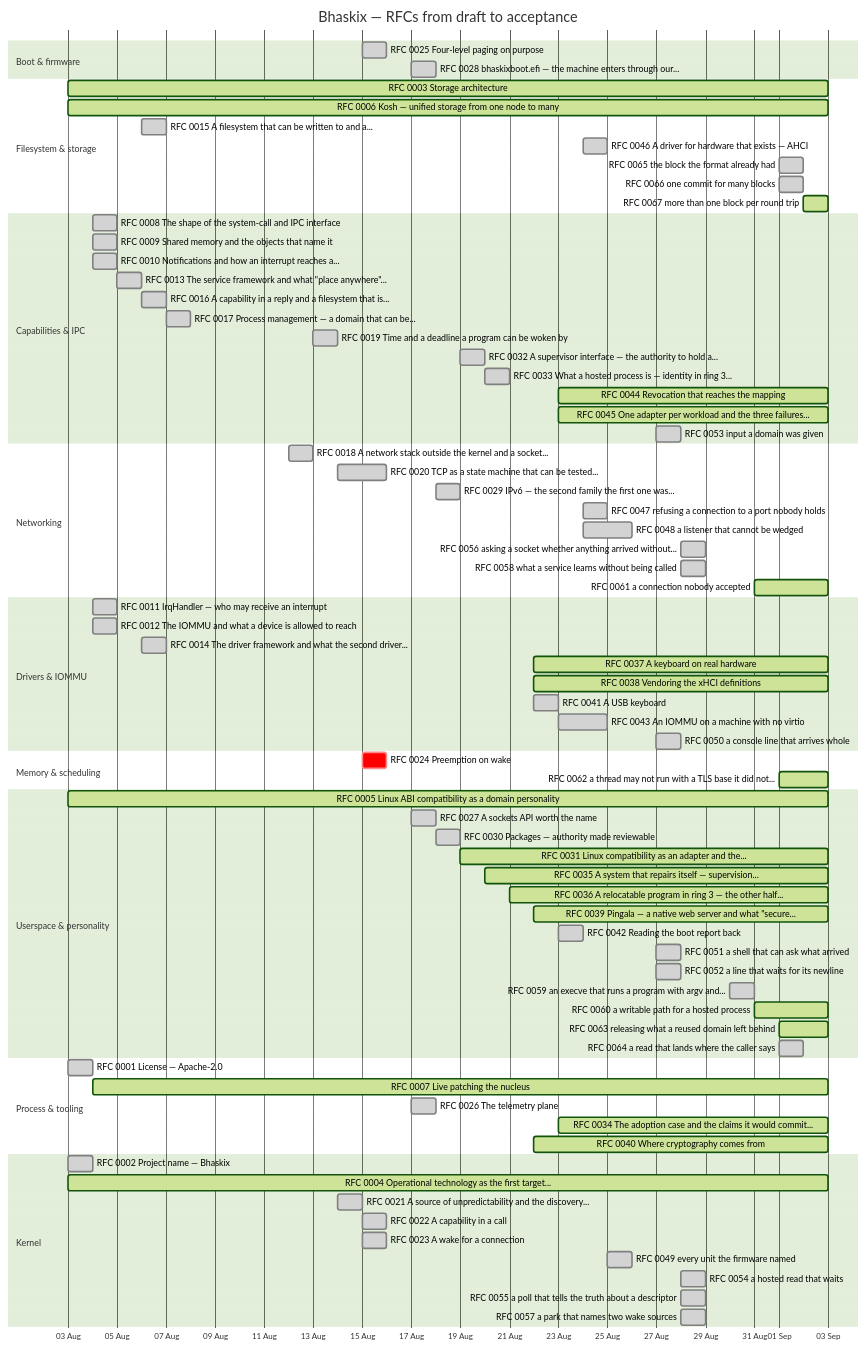
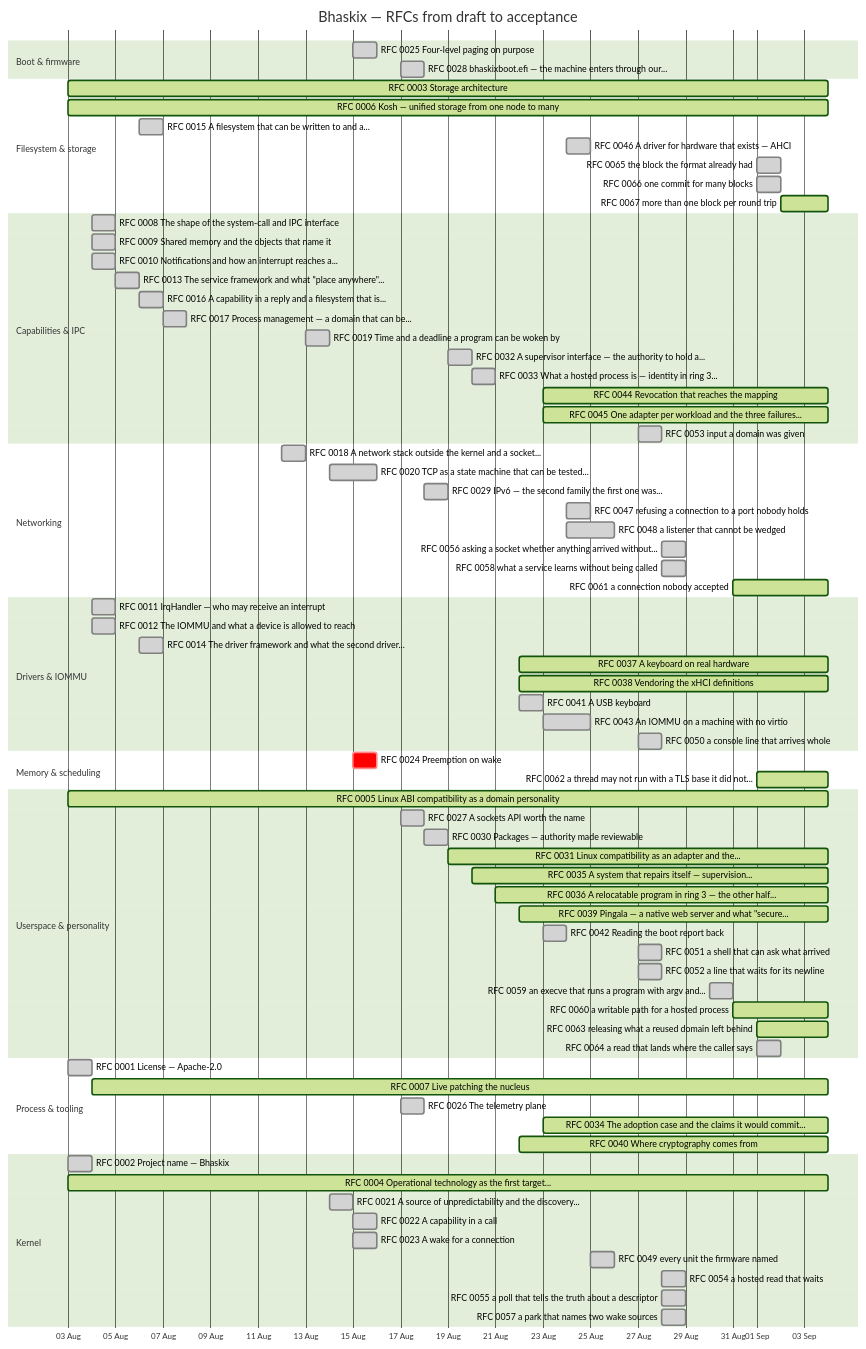
The diagram in docs/progress.md (bhaskix/bhaskix), drawn with Mermaid (forest theme) before and after one commit. The commit also changed other lines of this file and 2 other files, not shown here.

```diff
--- a/docs/progress.md
+++ b/docs/progress.md
@@ -31,13 +31,13 @@
     RFC 0025 Four-level paging on purpose :done, r0025, 2026-08-15, 2026-08-16
     RFC 0028 bhaskixboot.efi — the machine enters through our... :done, r0028, 2026-08-17, 2026-08-18
     section Filesystem & storage
-    RFC 0003 Storage architecture :active, r0003, 2026-08-03, 2026-09-03
-    RFC 0006 Kosh — unified storage from one node to many :active, r0006, 2026-08-03, 2026-09-03
+    RFC 0003 Storage architecture :active, r0003, 2026-08-03, 2026-09-04
+    RFC 0006 Kosh — unified storage from one node to many :active, r0006, 2026-08-03, 2026-09-04
     RFC 0015 A filesystem that can be written to and a... :done, r0015, 2026-08-06, 1d
     RFC 0046 A driver for hardware that exists — AHCI :done, r0046, 2026-08-24, 1d
     RFC 0065 the block the format already had :done, r0065, 2026-09-01, 1d
     RFC 0066 one commit for many blocks :done, r0066, 2026-09-01, 1d
-    RFC 0067 more than one block per round trip :active, r0067, 2026-09-02, 2026-09-03
+    RFC 0067 more than one block per round trip :active, r0067, 2026-09-02, 2026-09-04
     section Capabilities & IPC
     RFC 0008 The shape of the system-call and IPC interface :done, r0008, 2026-08-04, 1d
     RFC 0009 Shared memory and the objects that name it :done, r0009, 2026-08-04, 1d
@@ -48,8 +48,8 @@
     RFC 0019 Time and a deadline a program can be woken by :done, r0019, 2026-08-13, 2026-08-14
     RFC 0032 A supervisor interface — the authority to hold a... :done, r0032, 2026-08-19, 2026-08-20
     RFC 0033 What a hosted process is — identity in ring 3... :done, r0033, 2026-08-20, 1d
-    RFC 0044 Revocation that reaches the mapping :active, r0044, 2026-08-23, 2026-09-03
-    RFC 0045 One adapter per workload and the three failures... :active, r0045, 2026-08-23, 2026-09-03
+    RFC 0044 Revocation that reaches the mapping :active, r0044, 2026-08-23, 2026-09-04
+    RFC 0045 One adapter per workload and the three failures... :active, r0045, 2026-08-23, 2026-09-04
     RFC 0053 input a domain was given :done, r0053, 2026-08-27, 1d
     section Networking
     RFC 0018 A network stack outside the kernel and a socket... :done, r0018, 2026-08-12, 2026-08-13
@@ -59,43 +59,43 @@
     RFC 0048 a listener that cannot be wedged :done, r0048, 2026-08-24, 2026-08-26
     RFC 0056 asking a socket whether anything arrived without... :done, r0056, 2026-08-28, 1d
     RFC 0058 what a service learns without being called :done, r0058, 2026-08-28, 1d
-    RFC 0061 a connection nobody accepted :active, r0061, 2026-08-31, 2026-09-03
+    RFC 0061 a connection nobody accepted :active, r0061, 2026-08-31, 2026-09-04
     section Drivers & IOMMU
     RFC 0011 IrqHandler — who may receive an interrupt :done, r0011, 2026-08-04, 1d
     RFC 0012 The IOMMU and what a device is allowed to reach :done, r0012, 2026-08-04, 1d
     RFC 0014 The driver framework and what the second driver... :done, r0014, 2026-08-06, 1d
-    RFC 0037 A keyboard on real hardware :active, r0037, 2026-08-22, 2026-09-03
-    RFC 0038 Vendoring the xHCI definitions :active, r0038, 2026-08-22, 2026-09-03
+    RFC 0037 A keyboard on real hardware :active, r0037, 2026-08-22, 2026-09-04
+    RFC 0038 Vendoring the xHCI definitions :active, r0038, 2026-08-22, 2026-09-04
     RFC 0041 A USB keyboard :done, r0041, 2026-08-22, 2026-08-23
     RFC 0043 An IOMMU on a machine with no virtio :done, r0043, 2026-08-23, 2026-08-25
     RFC 0050 a console line that arrives whole :done, r0050, 2026-08-27, 1d
     section Memory & scheduling
     RFC 0024 Preemption on wake :crit, r0024, 2026-08-15, 1d
-    RFC 0062 a thread may not run with a TLS base it did not... :active, r0062, 2026-09-01, 2026-09-03
+    RFC 0062 a thread may not run with a TLS base it did not... :active, r0062, 2026-09-01, 2026-09-04
     section Userspace & personality
-    RFC 0005 Linux ABI compatibility as a domain personality :active, r0005, 2026-08-03, 2026-09-03
+    RFC 0005 Linux ABI compatibility as a domain personality :active, r0005, 2026-08-03, 2026-09-04
     RFC 0027 A sockets API worth the name :done, r0027, 2026-08-17, 1d
     RFC 0030 Packages — authority made reviewable :done, r0030, 2026-08-18, 2026-08-19
-    RFC 0031 Linux compatibility as an adapter and the... :active, r0031, 2026-08-19, 2026-09-03
-    RFC 0035 A system that repairs itself — supervision... :active, r0035, 2026-08-20, 2026-09-03
-    RFC 0036 A relocatable program in ring 3 — the other half... :active, r0036, 2026-08-21, 2026-09-03
-    RFC 0039 Pingala — a native web server and what "secure... :active, r0039, 2026-08-22, 2026-09-03
+    RFC 0031 Linux compatibility as an adapter and the... :active, r0031, 2026-08-19, 2026-09-04
+    RFC 0035 A system that repairs itself — supervision... :active, r0035, 2026-08-20, 2026-09-04
+    RFC 0036 A relocatable program in ring 3 — the other half... :active, r0036, 2026-08-21, 2026-09-04
+    RFC 0039 Pingala — a native web server and what "secure... :active, r0039, 2026-08-22, 2026-09-04
     RFC 0042 Reading the boot report back :done, r0042, 2026-08-23, 1d
     RFC 0051 a shell that can ask what arrived :done, r0051, 2026-08-27, 1d
     RFC 0052 a line that waits for its newline :done, r0052, 2026-08-27, 1d
     RFC 0059 an execve that runs a program with argv and... :done, r0059, 2026-08-30, 1d
-    RFC 0060 a writable path for a hosted process :active, r0060, 2026-08-31, 2026-09-03
-    RFC 0063 releasing what a reused domain left behind :active, r0063, 2026-09-01, 2026-09-03
+    RFC 0060 a writable path for a hosted process :active, r0060, 2026-08-31, 2026-09-04
+    RFC 0063 releasing what a reused domain left behind :active, r0063, 2026-09-01, 2026-09-04
     RFC 0064 a read that lands where the caller says :done, r0064, 2026-09-01, 1d
     section Process & tooling
     RFC 0001 License — Apache-2.0 :done, r0001, 2026-08-03, 1d
-    RFC 0007 Live patching the nucleus :active, r0007, 2026-08-04, 2026-09-03
+    RFC 0007 Live patching the nucleus :active, r0007, 2026-08-04, 2026-09-04
     RFC 0026 The telemetry plane :done, r0026, 2026-08-17, 1d
-    RFC 0034 The adoption case and the claims it would commit... :active, r0034, 2026-08-23, 2026-09-03
-    RFC 0040 Where cryptography comes from :active, r0040, 2026-08-22, 2026-09-03
+    RFC 0034 The adoption case and the claims it would commit... :active, r0034, 2026-08-23, 2026-09-04
+    RFC 0040 Where cryptography comes from :active, r0040, 2026-08-22, 2026-09-04
     section Kernel
     RFC 0002 Project name — Bhaskix :done, r0002, 2026-08-03, 1d
-    RFC 0004 Operational technology as the first target... :active, r0004, 2026-08-03, 2026-09-03
+    RFC 0004 Operational technology as the first target... :active, r0004, 2026-08-03, 2026-09-04
     RFC 0021 A source of unpredictability and the discovery... :done, r0021, 2026-08-14, 1d
     RFC 0022 A capability in a call :done, r0022, 2026-08-15, 2026-08-16
     RFC 0023 A wake for a connection :done, r0023, 2026-08-15, 2026-08-16
```
